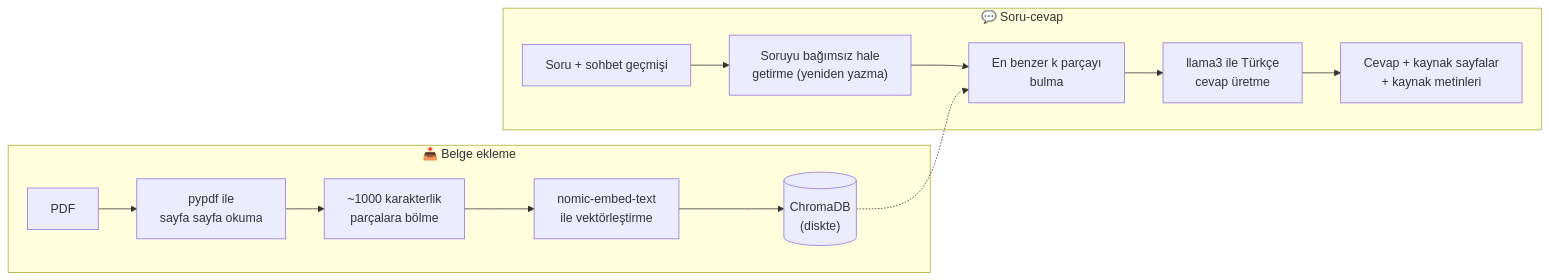
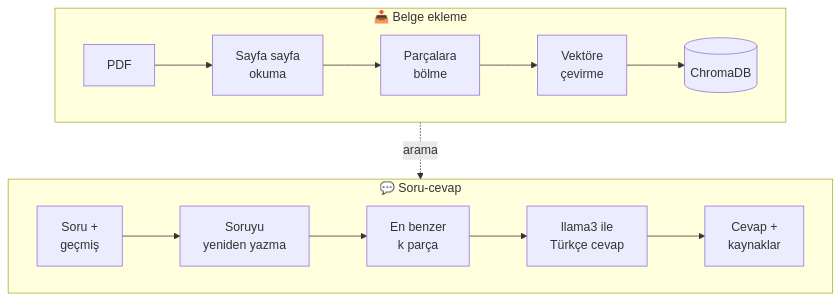
The diagram in README.md (hakanEfeTuysuz/local-rag-assistant), drawn with Mermaid before and after one commit.

Commit message:
docs: README akis diyagrami okunur hale getirildi

````diff
--- a/README.md
+++ b/README.md
@@ -128,16 +128,12 @@
 ```mermaid
-flowchart LR
+flowchart TB
     subgraph Ekleme["📥 Belge ekleme"]
-        A[PDF] --> B["pypdf ile<br/>sayfa sayfa okuma"]
-        B --> C["~1000 karakterlik<br/>parçalara bölme"]
-        C --> D["nomic-embed-text<br/>ile vektörleştirme"]
-        D --> E[("ChromaDB<br/>(diskte)")]
+        direction LR
+        A[PDF] --> B[Sayfa sayfa<br/>okuma] --> C[Parçalara<br/>bölme] --> D[Vektöre<br/>çevirme] --> E[(ChromaDB)]
     end
     subgraph Soru["💬 Soru-cevap"]
-        Q[Soru + sohbet geçmişi] --> R["Soruyu bağımsız hale<br/>getirme (yeniden yazma)"]
-        R --> S["En benzer k parçayı<br/>bulma"]
-        E -.-> S
-        S --> T["llama3 ile Türkçe<br/>cevap üretme"]
-        T --> U["Cevap + kaynak sayfalar<br/>+ kaynak metinleri"]
+        direction LR
+        Q[Soru +<br/>geçmiş] --> R[Soruyu<br/>yeniden yazma] --> S[En benzer<br/>k parça] --> T[llama3 ile<br/>Türkçe cevap] --> U[Cevap +<br/>kaynaklar]
     end
+    E -. arama .-> S
 ```
````
